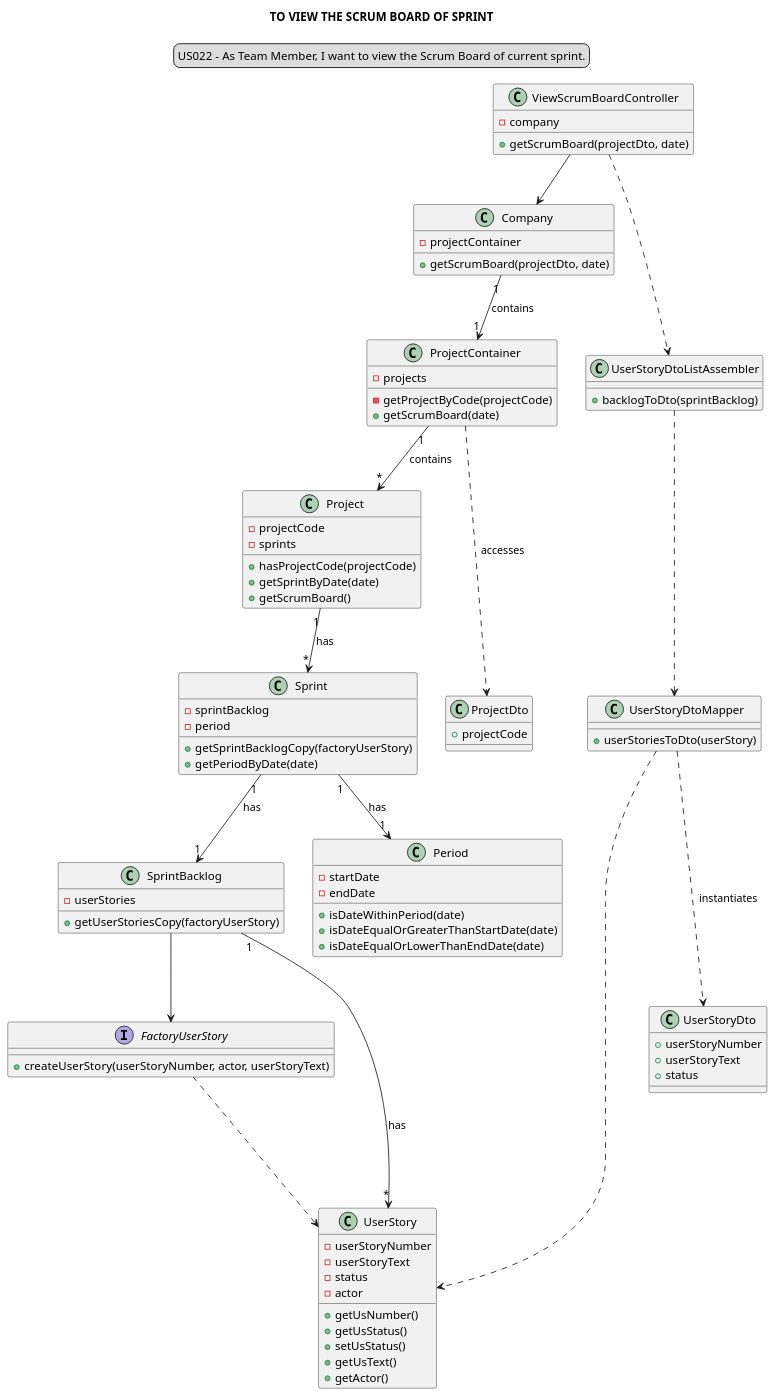
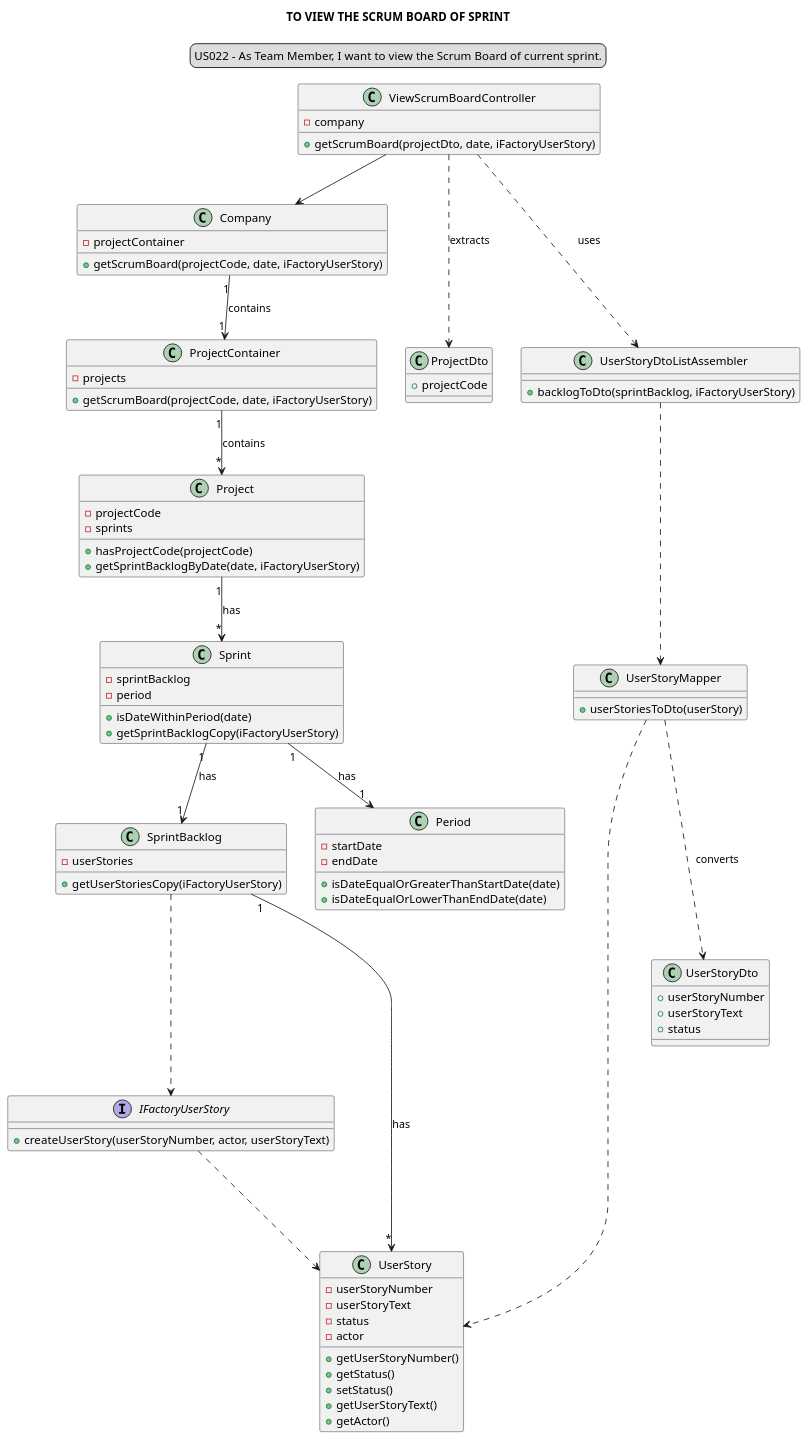
Before and after one commit to Loracline/project_switch_22-23: the diagram in docs/modelling_design/user_stories/sprint03/us022/US022_classDiagram.puml, drawn with PlantUML.

Commit message:
US022: Design: Update class diagram, addresses #50

```diff
--- a/docs/modelling_design/user_stories/sprint03/us022/US022_classDiagram.puml
+++ b/docs/modelling_design/user_stories/sprint03/us022/US022_classDiagram.puml
@@ -1,115 +1,112 @@
 @startuml
 
 skinparam sequenceMessageAlign center
 title TO VIEW THE SCRUM BOARD OF SPRINT
 legend top
 US022 - As Team Member, I want to view the Scrum Board of current sprint.
 end legend
 
 class ViewScrumBoardController
 class Company
 class ProjectContainer
 class Project
 class Sprint
 class SprintBacklog
 class ProjectDto
-interface FactoryUserStory
+interface IFactoryUserStory
 class UserStory
 class UserStoryDtoListAssembler
-class UserStoryDtoMapper
+class UserStoryMapper
 class UserStoryDto
 
 class ViewScrumBoardController {
 -company
-+getScrumBoard(projectDto, date)
++getScrumBoard(projectDto, date, iFactoryUserStory)
 }
 
 class Company {
 -projectContainer
-+getScrumBoard(projectDto, date)
++getScrumBoard(projectCode, date, iFactoryUserStory)
 }
 
 class ProjectContainer {
 -projects
--getProjectByCode(projectCode)
-+getScrumBoard(date)
++getScrumBoard(projectCode, date, iFactoryUserStory)
 }
 
 class Project {
 -projectCode
 -sprints
 +hasProjectCode(projectCode)
-+getSprintByDate(date)
-+getScrumBoard()
++getSprintBacklogByDate(date, iFactoryUserStory)
 }
 
 class Sprint {
 -sprintBacklog
 -period
-+getSprintBacklogCopy(factoryUserStory)
-+getPeriodByDate(date)
++isDateWithinPeriod(date)
++getSprintBacklogCopy(iFactoryUserStory)
 }
 
 class Period {
 -startDate
 -endDate
-+isDateWithinPeriod(date)
 +isDateEqualOrGreaterThanStartDate(date)
 +isDateEqualOrLowerThanEndDate(date)
 }
 
 class SprintBacklog {
 -userStories
-+getUserStoriesCopy(factoryUserStory)
++getUserStoriesCopy(iFactoryUserStory)
 }
 
 class ProjectDto {
 +projectCode
 }
 
-interface FactoryUserStory {
+interface IFactoryUserStory {
 +createUserStory(userStoryNumber, actor, userStoryText)
 }
 
 class UserStory {
 -userStoryNumber
 -userStoryText
 -status
 -actor
-+getUsNumber()
-+getUsStatus()
-+setUsStatus()
-+getUsText()
++getUserStoryNumber()
++getStatus()
++setStatus()
++getUserStoryText()
 +getActor()
 }
 
 class UserStoryDto {
 +userStoryNumber
 +userStoryText
 +status
 }
 
-class UserStoryDtoMapper {
+class UserStoryMapper {
 +userStoriesToDto(userStory)
 }
 
 class UserStoryDtoListAssembler {
-+backlogToDto(sprintBacklog)
++backlogToDto(sprintBacklog, iFactoryUserStory)
 }
 
 "ViewScrumBoardController" --> "Company"
 "Company" "1" --> "1" "ProjectContainer": contains
 "ProjectContainer" "1" --> "*" "Project": contains
 "Project" "1" --> "*" "Sprint": has
 "Sprint" "1" --> "1" "SprintBacklog": has
 "Sprint" "1" --> "1" "Period": has
-"SprintBacklog" --> "FactoryUserStory"
+"SprintBacklog" .--> "IFactoryUserStory"
 "SprintBacklog" "1" --> "*" "UserStory": has
-"FactoryUserStory" .--> "UserStory"
-"ProjectContainer" .--> "ProjectDto": accesses
-"ViewScrumBoardController" .--> "UserStoryDtoListAssembler"
-"UserStoryDtoListAssembler" .--> "UserStoryDtoMapper"
-"UserStoryDtoMapper" .--> "UserStoryDto": instantiates
-"UserStoryDtoMapper" .--> "UserStory"
+"IFactoryUserStory" .--> "UserStory"
+"ViewScrumBoardController" .--> "ProjectDto": extracts
+"ViewScrumBoardController" .--> "UserStoryDtoListAssembler": uses
+"UserStoryDtoListAssembler" .--> "UserStoryMapper"
+"UserStoryMapper" .--> "UserStoryDto": converts
+"UserStoryMapper" .--> "UserStory"
 
 @enduml
```
